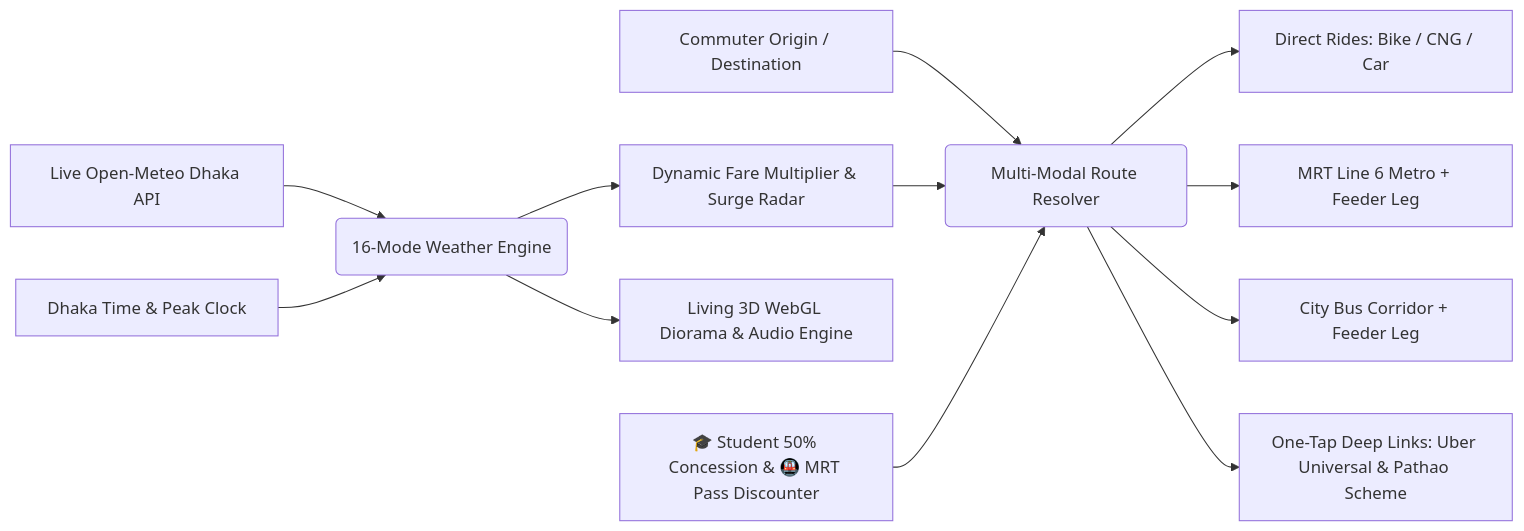
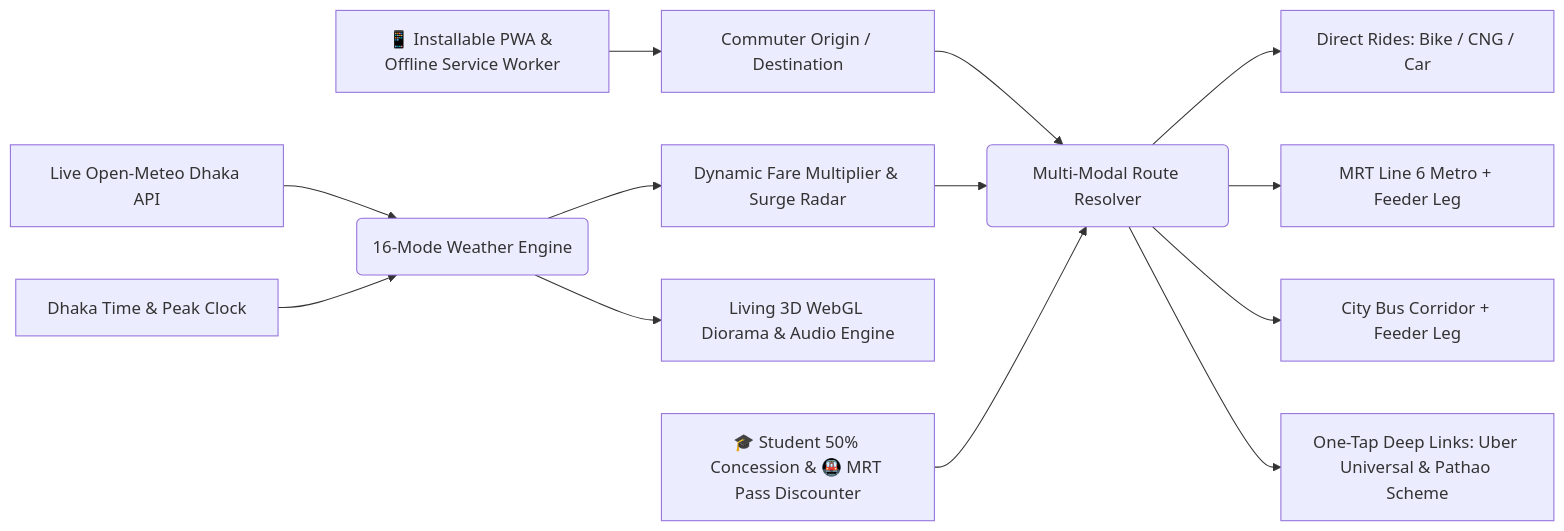
One commit to AmiyoTheAnalyst/BharaDekhi changed the diagram in README.md. Above: the diagram before and after it, drawn with Mermaid. The commit also changed other lines of this file, not shown here.

Commit message:
Document PWA installable mobile app and real-world ride app fare calibration in README

````diff
--- a/README.md
+++ b/README.md
@@ -40,16 +41,17 @@
 ```mermaid
 graph LR
     A[Commuter Origin / Destination] --> B(Multi-Modal Route Resolver)
     B --> C[Direct Rides: Bike / CNG / Car]
     B --> D[MRT Line 6 Metro + Feeder Leg]
     B --> E[City Bus Corridor + Feeder Leg]
     B --> K[One-Tap Deep Links: Uber Universal & Pathao Scheme]
     
     F[Live Open-Meteo Dhaka API] --> G(16-Mode Weather Engine)
     H[Dhaka Time & Peak Clock] --> G
     G --> I[Dynamic Fare Multiplier & Surge Radar]
     G --> J[Living 3D WebGL Diorama & Audio Engine]
     
     I --> B
     L[🎓 Student 50% Concession & 🚇 MRT Pass Discounter] --> B
+    M[📱 Installable PWA & Offline Service Worker] --> A
 ```
````
